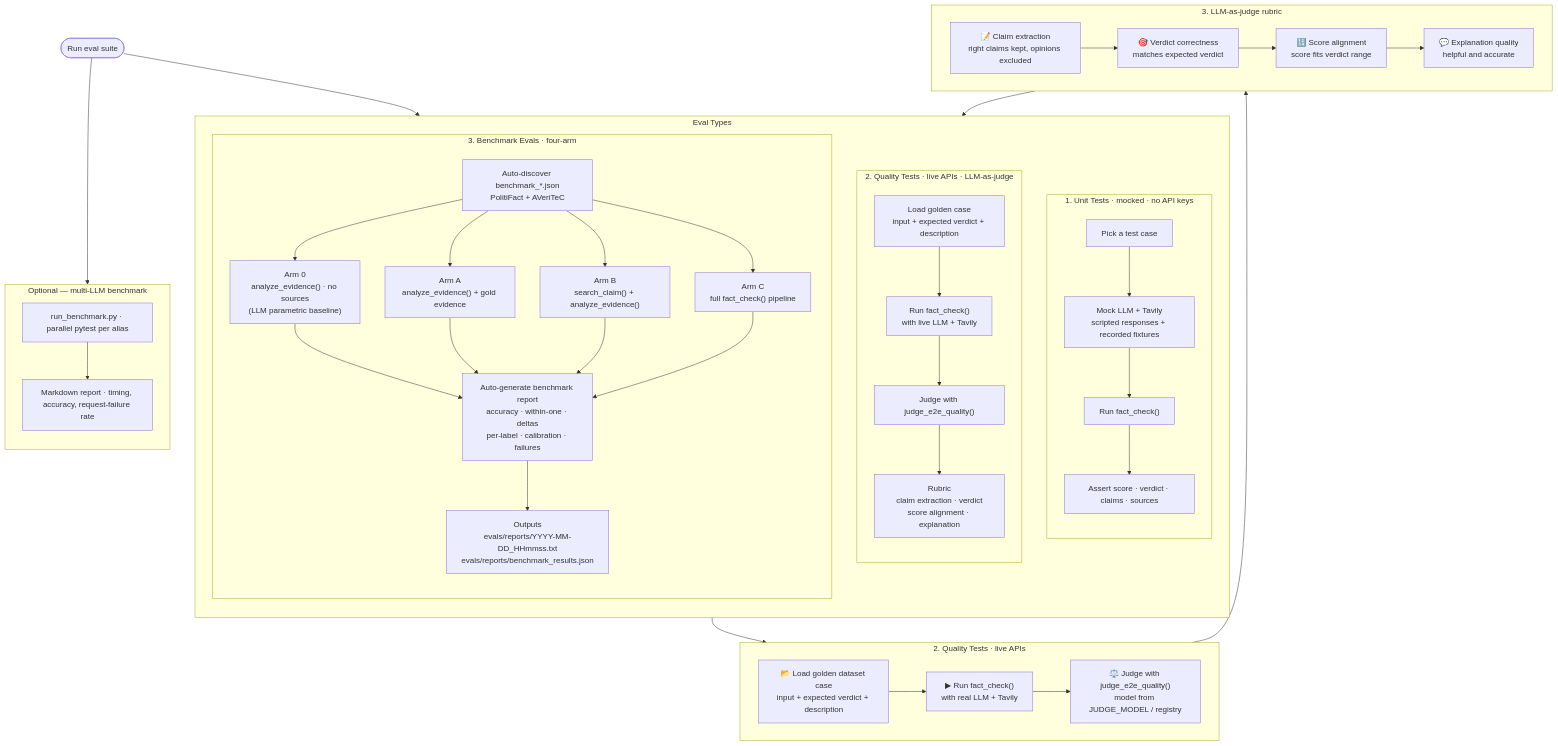
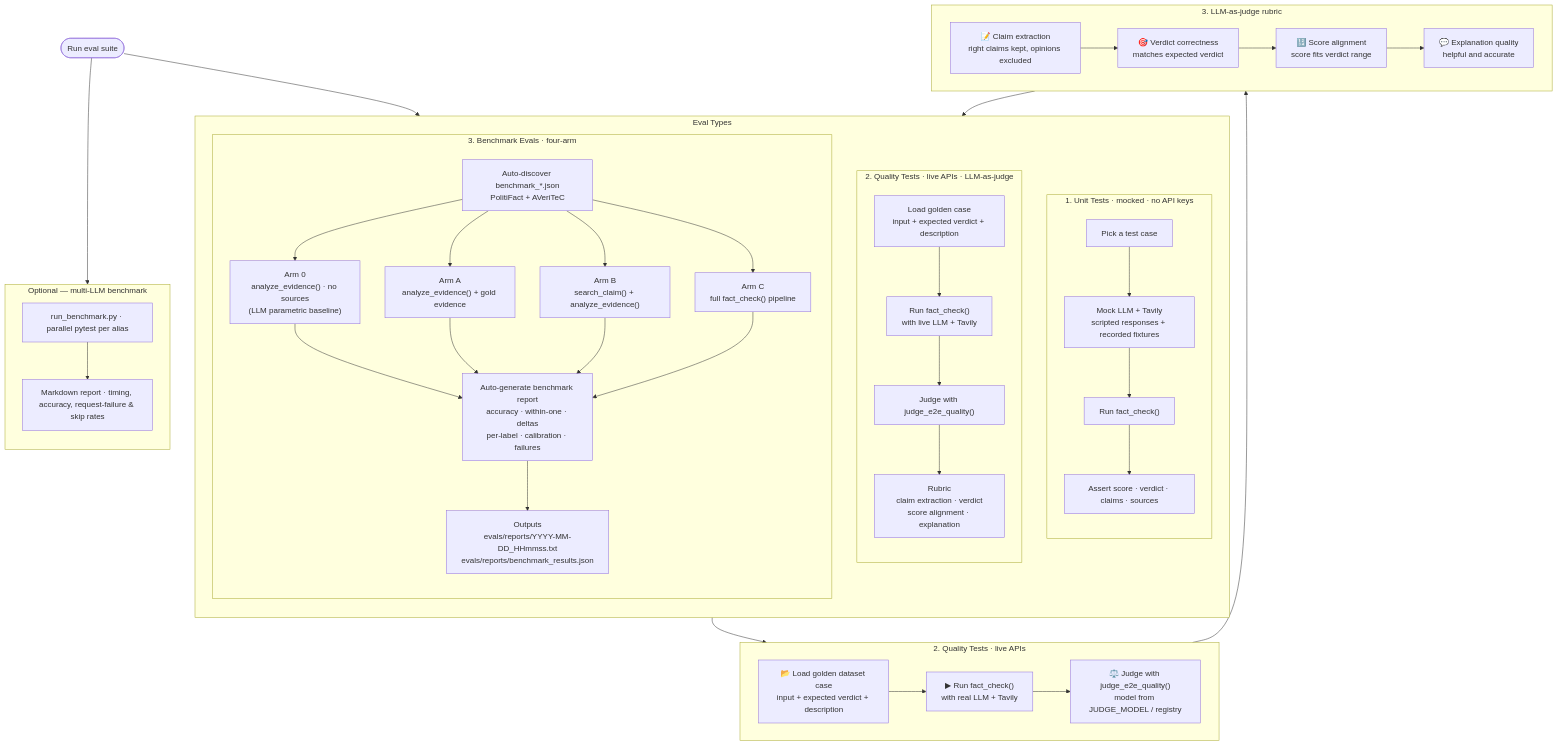
The second of 2 diagrams in README.md (adilliadil/Factify), drawn with Mermaid before and after one commit. The commit also changed other lines of this file and 28 other files, not shown here.

````diff
--- a/README.md
+++ b/README.md
@@ -169,75 +170,75 @@
 ```mermaid
 flowchart TB
     A([Run eval suite]) --> E
     A --> Mopt
 
     subgraph Mopt["Optional — multi-LLM benchmark"]
         direction TB
         M1["run_benchmark.py · parallel pytest per alias"]
-        M2["Markdown report · timing, accuracy, request-failure rate"]
+        M2["Markdown report · timing, accuracy, request-failure & skip rates"]
         M1 --> M2
     end
 
     subgraph E["Eval Types"]
         direction TB
 
         subgraph U["1. Unit Tests · mocked · no API keys"]
             direction TB
             U1["Pick a test case"]
             U2["Mock LLM + Tavily<br/>scripted responses + recorded fixtures"]
             U3["Run fact_check()"]
             U4["Assert score · verdict · claims · sources"]
             U1 --> U2 --> U3 --> U4
         end
 
         subgraph Q["2. Quality Tests · live APIs · LLM-as-judge"]
             direction TB
             Q1["Load golden case<br/>input + expected verdict + description"]
             Q2["Run fact_check()<br/>with live LLM + Tavily"]
             Q3["Judge with judge_e2e_quality()"]
             Q4["Rubric<br/>claim extraction · verdict<br/>score alignment · explanation"]
             Q1 --> Q2 --> Q3 --> Q4
         end
 
         subgraph B["3. Benchmark Evals · four-arm"]
             direction TB
             B0["Auto-discover benchmark_*.json<br/>PolitiFact + AVeriTeC"]
             Bb["Arm 0<br/>analyze_evidence() · no sources<br/>(LLM parametric baseline)"]
             B1["Arm A<br/>analyze_evidence() + gold evidence"]
             B2["Arm B<br/>search_claim() + analyze_evidence()"]
             B3["Arm C<br/>full fact_check() pipeline"]
             B4["Auto-generate benchmark report<br/>accuracy · within-one · deltas<br/>per-label · calibration · failures"]
             B5["Outputs<br/>evals/reports/YYYY-MM-DD_HHmmss.txt<br/>evals/reports/benchmark_results.json"]
             B0 --> Bb
             B0 --> B1
             B0 --> B2
             B0 --> B3
             Bb --> B4
             B1 --> B4
             B2 --> B4
             B3 --> B4
             B4 --> B5
         end
     end
 
     B --> C
 
     subgraph C["2. Quality Tests  ·  live APIs"]
         C1["📂 Load golden dataset case<br/>input + expected verdict + description"]
         C2["▶ Run fact_check()<br/>with real LLM + Tavily"]
         C3["⚖️ Judge with judge_e2e_quality()<br/>model from JUDGE_MODEL / registry"]
         C1 --> C2 --> C3
     end
 
     C --> D
 
     subgraph D["3. LLM-as-judge rubric"]
         D1["📝 Claim extraction<br/>right claims kept, opinions excluded"]
         D2["🎯 Verdict correctness<br/>matches expected verdict"]
         D3["🔢 Score alignment<br/>score fits verdict range"]
         D4["💬 Explanation quality<br/>helpful and accurate"]
         D1 --> D2 --> D3 --> D4
     end
 
     D --> E{Pass?}
 ```
````
